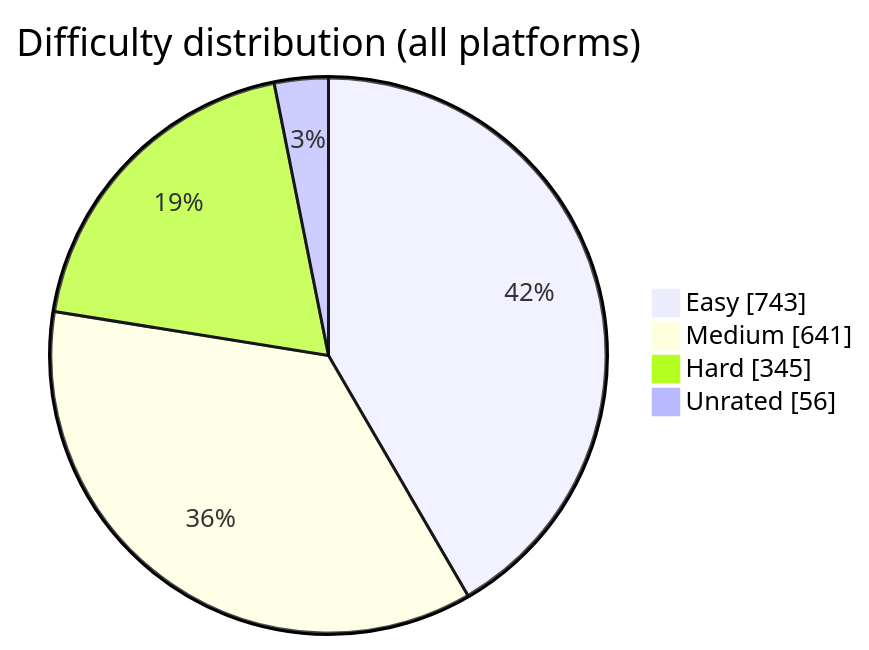
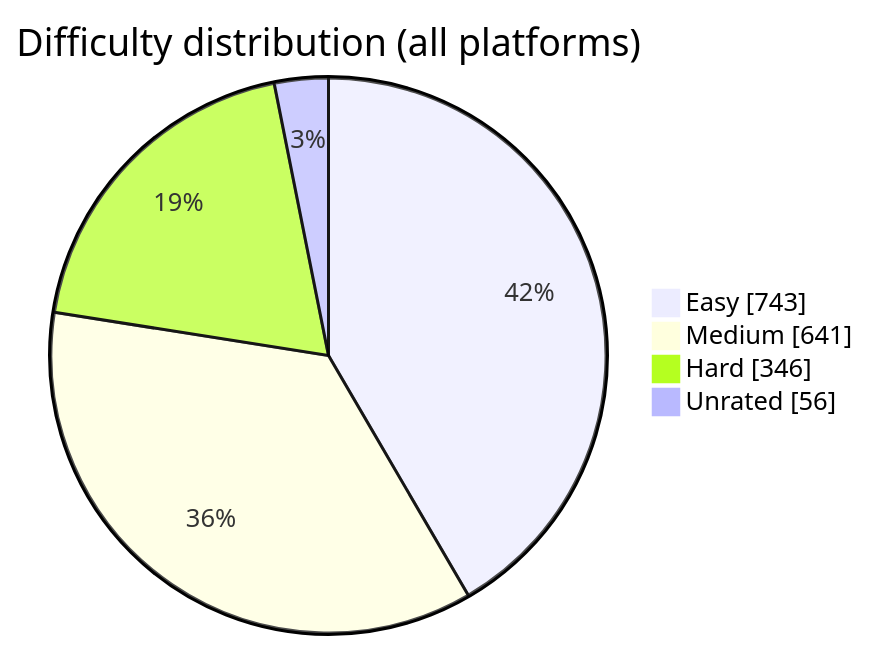
Before and after one commit to BuildbyArindam/Daily-Coding-Log: the diagram in README.md, drawn with Mermaid. The commit also changed other lines of this file, not shown here.

````diff
--- a/README.md
+++ b/README.md
@@ -108,7 +108,7 @@
 ```mermaid
 pie showData title Difficulty distribution (all platforms)
     "Easy" : 743
     "Medium" : 641
-    "Hard" : 345
+    "Hard" : 346
     "Unrated" : 56
 ```
````
